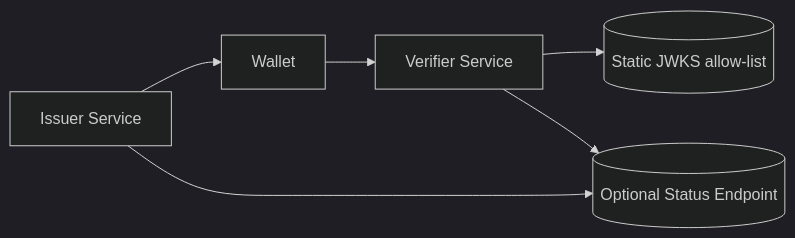
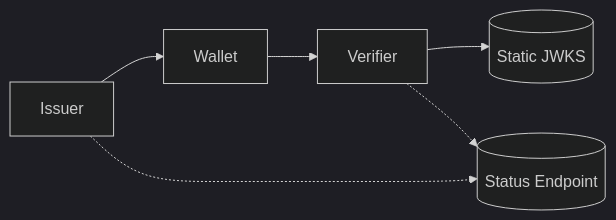
The third of 5 diagrams in docs/concepts/architecture.md (openwallet-foundation-labs/sd-jwt-dotnet), drawn with Mermaid (dark theme) before and after one commit. The commit also changed other lines of this file and 163 other files, not shown here.

````diff
--- a/docs/concepts/architecture.md
+++ b/docs/concepts/architecture.md
@@ -491,8 +249,7 @@
 ```mermaid
 flowchart LR
-  IssuerSvc[Issuer Service] --> Wallet[Wallet]
-  Wallet --> VerifierSvc[Verifier Service]
-  VerifierSvc --> JWKS[(Static JWKS allow-list)]
-  IssuerSvc --> Status[(Optional Status Endpoint)]
-  VerifierSvc --> Status
+    Issuer --> Wallet --> Verifier
+    Verifier --> StaticKeys[(Static JWKS)]
+    Issuer -.-> Status[(Status Endpoint)]
+    Verifier -.-> Status
 ```
````
